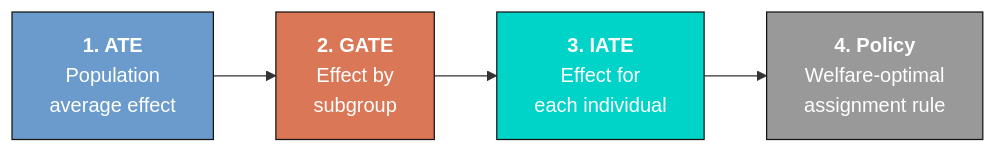
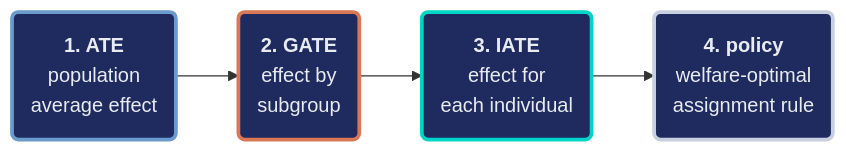
One commit to cmg777/starter-academic-v501 changed the diagram in content/post/python_cml/references/tutorial.qmd. Above: the diagram before and after it, drawn with Mermaid. The commit also changed other lines of this file and 42 other files, not shown here.

First line of the commit message:
content(mermaid): restyle Mermaid copies in tutorial sources and the LaLonde slide deck

````diff
--- a/content/post/python_cml/references/tutorial.qmd
+++ b/content/post/python_cml/references/tutorial.qmd
@@ -57,10 +57,14 @@
 ```{mermaid}
 graph LR
-    A["<b>1. ATE</b><br/>Population<br/>average effect"] --> B["<b>2. GATE</b><br/>Effect by<br/>subgroup"]
-    B --> C["<b>3. IATE</b><br/>Effect for<br/>each individual"]
-    C --> D["<b>4. Policy</b><br/>Welfare-optimal<br/>assignment rule"]
-    style A fill:#6a9bcc,stroke:#141413,color:#fff
-    style B fill:#d97757,stroke:#141413,color:#fff
-    style C fill:#00d4c8,stroke:#141413,color:#fff
-    style D fill:#999999,stroke:#141413,color:#fff
+    A("<b>1. ATE</b><br/>population<br/>average effect") --> B("<b>2. GATE</b><br/>effect by<br/>subgroup")
+    B --> C("<b>3. IATE</b><br/>effect for<br/>each individual")
+    C --> D("<b>4. policy</b><br/>welfare-optimal<br/>assignment rule")
+    classDef blue fill:#1f2b5e,stroke:#6a9bcc,stroke-width:3px,color:#e8ecf2
+    classDef orange fill:#1f2b5e,stroke:#d97757,stroke-width:3px,color:#e8ecf2
+    classDef teal fill:#1f2b5e,stroke:#00d4c8,stroke-width:3px,color:#e8ecf2
+    classDef gray fill:#1f2b5e,stroke:#c8d0e0,stroke-width:3px,color:#e8ecf2
+    class A blue
+    class B orange
+    class C teal
+    class D gray
 ```
````
